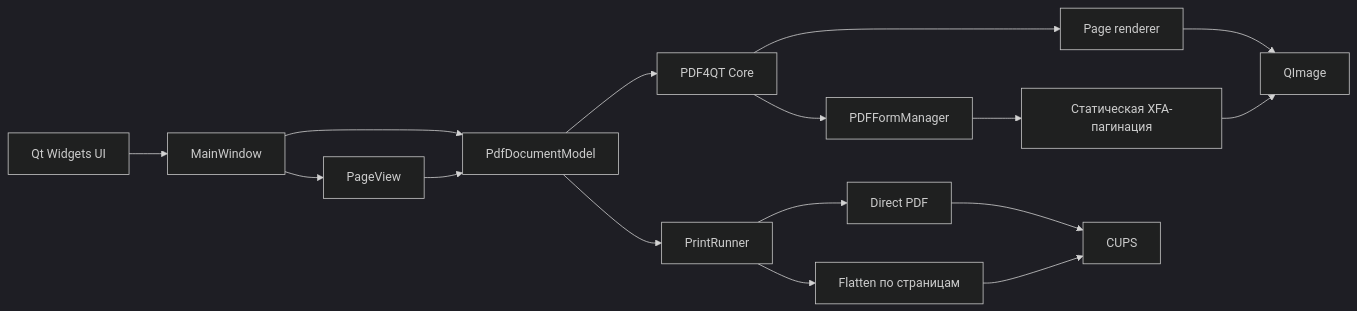
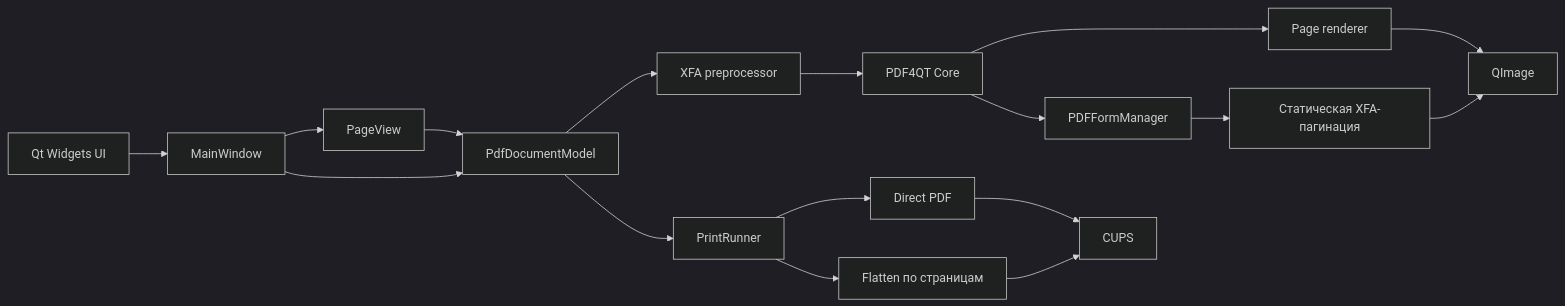
One commit to flytimopheev-sketch/pdfly changed the diagram in README.md. Above: the diagram before and after it, drawn with Mermaid (dark theme). The commit also changed other lines of this file and 13 other files, not shown here.

````diff
--- a/README.md
+++ b/README.md
@@ -207,18 +209,19 @@
 ```mermaid
 flowchart LR
     UI[Qt Widgets UI] --> MW[MainWindow]
     MW --> PV[PageView]
     MW --> PM[PdfDocumentModel]
     PV --> PM
-    PM --> CORE[PDF4QT Core]
+    PM --> XFA[XFA preprocessor]
+    XFA --> CORE[PDF4QT Core]
     CORE --> RENDER[Page renderer]
     CORE --> FORM[PDFFormManager]
-    FORM --> XFA[Статическая XFA-пагинация]
+    FORM --> LAYOUT[Статическая XFA-пагинация]
     RENDER --> IMG[QImage]
-    XFA --> IMG
+    LAYOUT --> IMG
     PM --> PR[PrintRunner]
     PR --> DIRECT[Direct PDF]
     PR --> FLAT[Flatten по страницам]
     DIRECT --> CUPS[CUPS]
     FLAT --> CUPS
 ```
````
